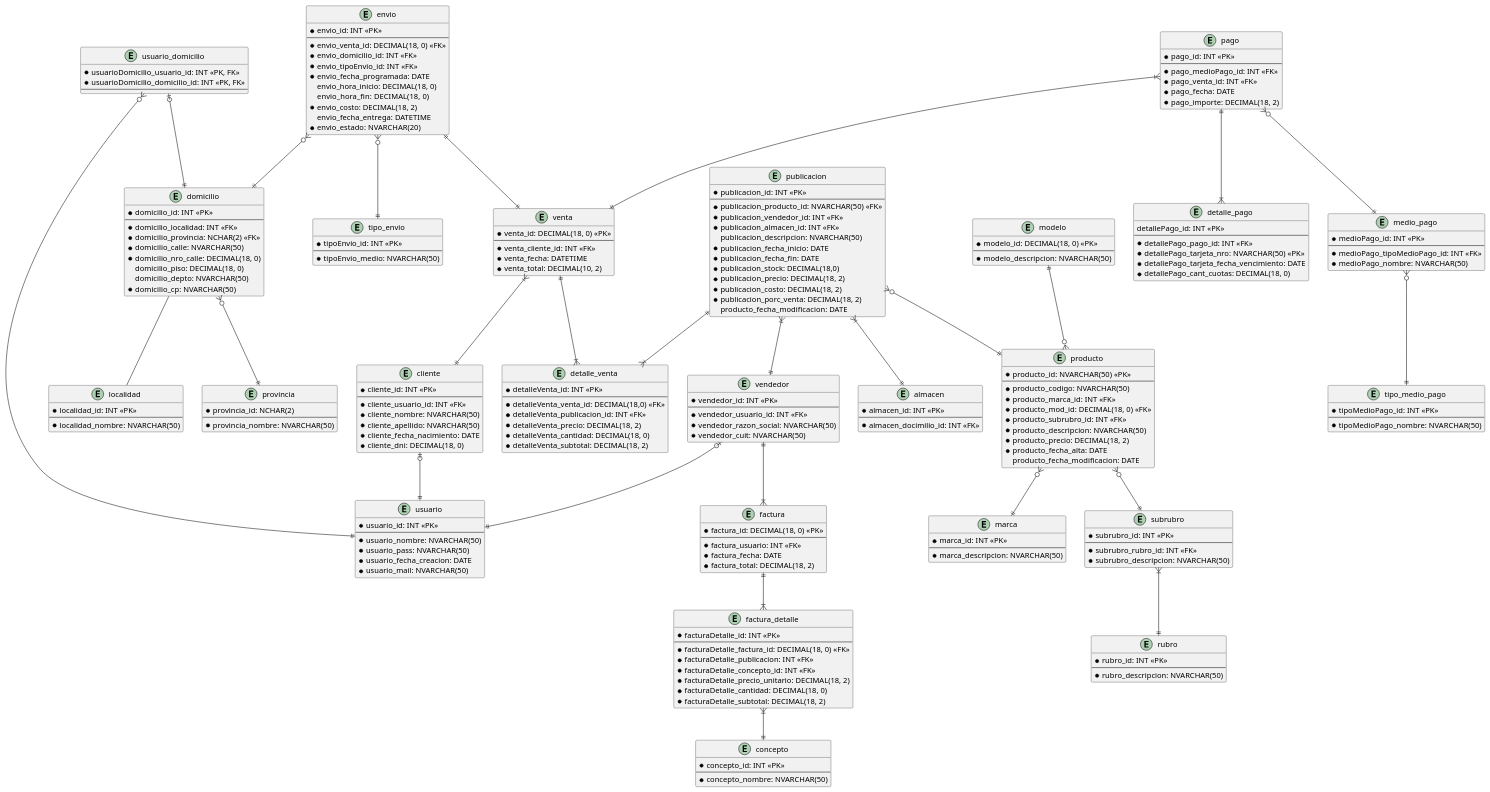
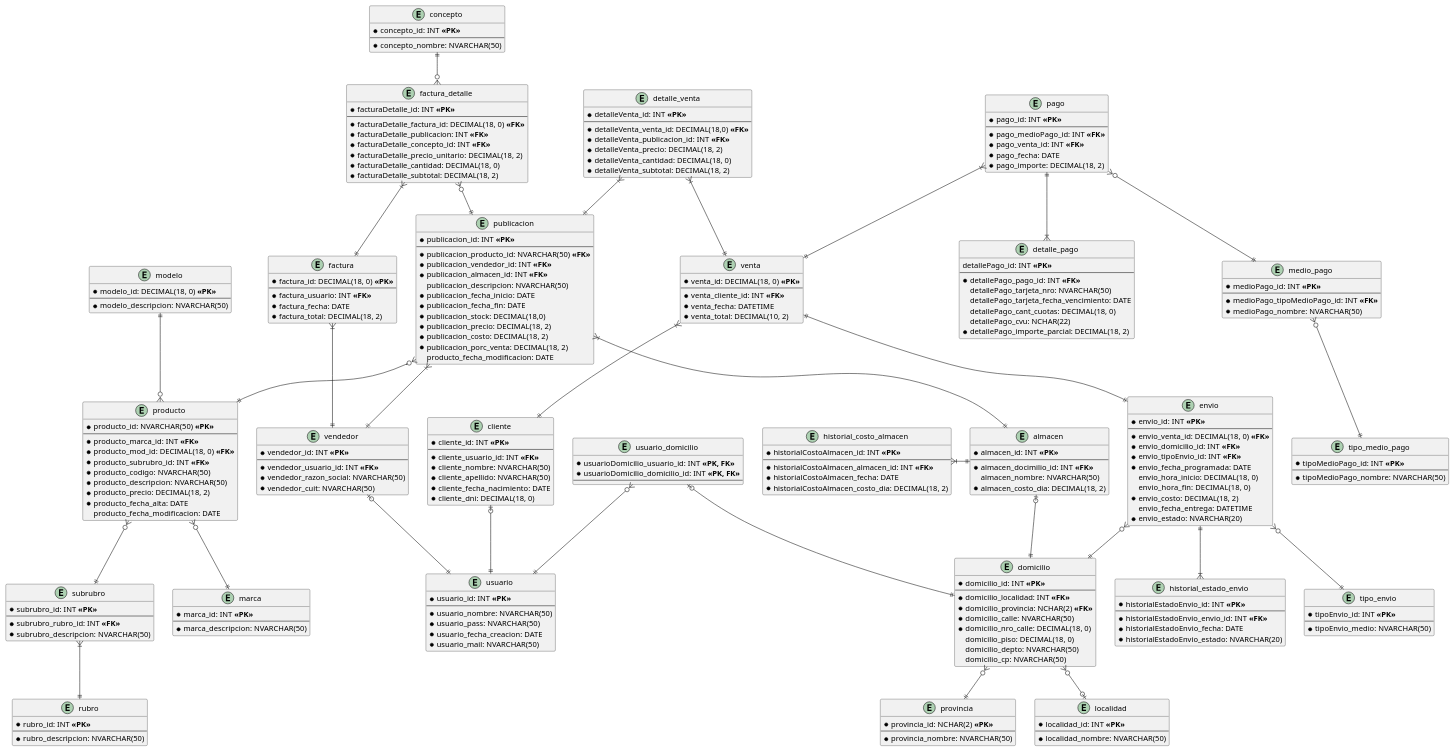
Before and after one commit to eitan-wajsberg/tp-gdd-2024-2C: the diagram in diagramas/diagrama-entidad-relacion-inicial.puml, drawn with PlantUML.

Commit message:
diagrama: cuarta iteración, agregamos historiales, cvu en el detalle_pago y relaciones

```diff
--- a/diagramas/diagrama-entidad-relacion-inicial.puml
+++ b/diagramas/diagrama-entidad-relacion-inicial.puml
@@ -1,11 +1,11 @@
 @startuml diagrama-entidad-relacion-inicial
 
 entity "publicacion" {
-  * publicacion_id: INT <<PK>>
+  * publicacion_id: INT **<<PK>>**
   --
-    * publicacion_producto_id: NVARCHAR(50) <<FK>>
-    * publicacion_vendedor_id: INT <<FK>>
-    * publicacion_almacen_id: INT <<FK>>
+    * publicacion_producto_id: NVARCHAR(50) **<<FK>>**
+    * publicacion_vendedor_id: INT **<<FK>>**
+    * publicacion_almacen_id: INT **<<FK>>**
     publicacion_descripcion: NVARCHAR(50)
     * publicacion_fecha_inicio: DATE
     * publicacion_fecha_fin: DATE
@@ -17,12 +17,12 @@
 }
 
 entity "producto" {
-  * producto_id: NVARCHAR(50) <<PK>> 
+  * producto_id: NVARCHAR(50) **<<PK>>** 
   --
+    * producto_marca_id: INT **<<FK>>**
+    * producto_mod_id: DECIMAL(18, 0) **<<FK>>**
+    * producto_subrubro_id: INT **<<FK>>**
     * producto_codigo: NVARCHAR(50)
-    * producto_marca_id: INT <<FK>>
-    * producto_mod_id: DECIMAL(18, 0) <<FK>>
-    * producto_subrubro_id: INT <<FK>>
     * producto_descripcion: NVARCHAR(50)
     * producto_precio: DECIMAL(18, 2)
     * producto_fecha_alta: DATE
@@ -30,66 +30,76 @@
 }
 
 entity "marca"{
-  * marca_id: INT <<PK>>
+  * marca_id: INT **<<PK>>**
   --
     * marca_descripcion: NVARCHAR(50)
 }
 
 entity "modelo"{
-  * modelo_id: DECIMAL(18, 0) <<PK>>
+  * modelo_id: DECIMAL(18, 0) **<<PK>>**
   --
     * modelo_descripcion: NVARCHAR(50)
 }
 
 entity "subrubro" {
-  * subrubro_id: INT <<PK>>
+  * subrubro_id: INT **<<PK>>**
   --
-    * subrubro_rubro_id: INT <<FK>>
+    * subrubro_rubro_id: INT **<<FK>>**
     * subrubro_descripcion: NVARCHAR(50)
 }
 
 entity "rubro" {
-  * rubro_id: INT <<PK>>
+  * rubro_id: INT **<<PK>>**
   --
     * rubro_descripcion: NVARCHAR(50)
 }
 
 entity "vendedor" {
-  * vendedor_id: INT <<PK>>
+  * vendedor_id: INT **<<PK>>**
   --
-    * vendedor_usuario_id: INT <<FK>>
+    * vendedor_usuario_id: INT **<<FK>>**
     * vendedor_razon_social: NVARCHAR(50) 
     * vendedor_cuit: NVARCHAR(50)
 }
 
 entity "almacen" {
-  * almacen_id: INT <<PK>>
+  * almacen_id: INT **<<PK>>**
   --
-    * almacen_docimilio_id: INT <<FK>>
+    * almacen_docimilio_id: INT **<<FK>>**
+    almacen_nombre: NVARCHAR(50)
+    * almacen_costo_dia: DECIMAL(18, 2)
+}
+
+entity "historial_costo_almacen" {
+  * historialCostoAlmacen_id: INT **<<PK>>**
+  --
+    * historialCostoAlmacen_almacen_id: INT **<<FK>>**
+    * historialCostoAlmacen_fecha: DATE 
+    * historialCostoAlmacen_costo_dia: DECIMAL(18, 2)
 }
 
 entity "venta" {
-  * venta_id: DECIMAL(18, 0) <<PK>>
+  * venta_id: DECIMAL(18, 0) **<<PK>>**
   --
-    * venta_cliente_id: INT <<FK>>
+    * venta_cliente_id: INT **<<FK>>**
     * venta_fecha: DATETIME
     * venta_total: DECIMAL(10, 2)
 }
 
 entity "detalle_venta" {
-  * detalleVenta_id: INT <<PK>>
+  * detalleVenta_id: INT **<<PK>>**
   --
-    * detalleVenta_venta_id: DECIMAL(18,0) <<FK>>
-    * detalleVenta_publicacion_id: INT <<FK>>
+    * detalleVenta_venta_id: DECIMAL(18,0) **<<FK>>**
+    * detalleVenta_publicacion_id: INT **<<FK>>**
     * detalleVenta_precio: DECIMAL(18, 2)
     * detalleVenta_cantidad: DECIMAL(18, 0)
     * detalleVenta_subtotal: DECIMAL(18, 2)
 }
 
 entity "cliente" {
-  * cliente_id: INT <<PK>>
+  * cliente_id: INT **<<PK>>**
   --
-    * cliente_usuario_id: INT <<FK>> 
+    * cliente_usuario_id: INT **<<FK>>**
     * cliente_nombre: NVARCHAR(50)
     * cliente_apellido: NVARCHAR(50)
     * cliente_fecha_nacimiento: DATE
@@ -97,39 +107,40 @@
 }
 
 entity "pago" {
-  * pago_id: INT <<PK>>
+  * pago_id: INT **<<PK>>**
   --
-    * pago_medioPago_id: INT <<FK>>
-    * pago_venta_id: INT <<FK>>
+    * pago_medioPago_id: INT **<<FK>>**
+    * pago_venta_id: INT **<<FK>>**
     * pago_fecha: DATE
     * pago_importe: DECIMAL(18, 2)
-    ' y para otros tipos de pago que no sean la tarjeta?
 }
 
 entity "detalle_pago" {
-  detallePago_id: INT <<PK>> 
+  detallePago_id: INT **<<PK>>** 
   --
-    * detallePago_pago_id: INT <<FK>>
-    * detallePago_tarjeta_nro: NVARCHAR(50) <<PK>>
-    * detallePago_tarjeta_fecha_vencimiento: DATE 
-    * detallePago_cant_cuotas: DECIMAL(18, 0)
+    * detallePago_pago_id: INT **<<FK>>**
+    detallePago_tarjeta_nro: NVARCHAR(50)
+    detallePago_tarjeta_fecha_vencimiento: DATE 
+    detallePago_cant_cuotas: DECIMAL(18, 0)
+    detallePago_cvu: NCHAR(22)
+    * detallePago_importe_parcial: DECIMAL(18, 2)
 }
 
 entity "medio_pago" {
-  * medioPago_id: INT <<PK>>
+  * medioPago_id: INT **<<PK>>**
   --
-   * medioPago_tipoMedioPago_id: INT <<FK>>
+   * medioPago_tipoMedioPago_id: INT **<<FK>>**
    * medioPago_nombre: NVARCHAR(50)
 }
 
 entity "tipo_medio_pago" {
-  * tipoMedioPago_id: INT <<PK>>
+  * tipoMedioPago_id: INT **<<PK>>**
   --
     * tipoMedioPago_nombre: NVARCHAR(50)
 }
 
 entity "usuario" {
-  * usuario_id: INT <<PK>>
+  * usuario_id: INT **<<PK>>**
   --
     * usuario_nombre: NVARCHAR(50)
     * usuario_pass: NVARCHAR(50)
@@ -138,41 +149,41 @@
 }
 
 entity "domicilio" {
-  * domicilio_id: INT <<PK>>
+  * domicilio_id: INT **<<PK>>**
   --
-    * domicilio_localidad: INT <<FK>>
-    * domicilio_provincia: NCHAR(2) <<FK>>
+    * domicilio_localidad: INT **<<FK>>**
+    * domicilio_provincia: NCHAR(2) **<<FK>>**
     * domicilio_calle: NVARCHAR(50)
     * domicilio_nro_calle: DECIMAL(18, 0)
     domicilio_piso: DECIMAL(18, 0)
     domicilio_depto: NVARCHAR(50)
-    * domicilio_cp: NVARCHAR(50)
+    domicilio_cp: NVARCHAR(50)
 }
 
 entity "usuario_domicilio" {
-  * usuarioDomicilio_usuario_id: INT <<PK, FK>>
-  * usuarioDomicilio_domicilio_id: INT <<PK, FK>>
+  * usuarioDomicilio_usuario_id: INT **<<PK, FK>>**
+  * usuarioDomicilio_domicilio_id: INT **<<PK, FK>>**
   --
 }
 
 entity "localidad" {
-  * localidad_id: INT <<PK>>
+  * localidad_id: INT **<<PK>>**
   --
     * localidad_nombre: NVARCHAR(50) 
 }
 
 entity "provincia"{
-  * provincia_id: NCHAR(2)
+  * provincia_id: NCHAR(2) **<<PK>>**
   --
     * provincia_nombre: NVARCHAR(50)
 }
 
 entity "envio" {
-  * envio_id: INT <<PK>>
+  * envio_id: INT **<<PK>>**
   --
-   * envio_venta_id: DECIMAL(18, 0) <<FK>>
-   * envio_domicilio_id: INT <<FK>>
-   * envio_tipoEnvio_id: INT <<FK>>
+   * envio_venta_id: DECIMAL(18, 0) **<<FK>>**
+   * envio_domicilio_id: INT **<<FK>>**
+   * envio_tipoEnvio_id: INT **<<FK>>**
    * envio_fecha_programada: DATE
    envio_hora_inicio: DECIMAL(18, 0)
    envio_hora_fin:  DECIMAL(18, 0)
@@ -181,39 +192,48 @@
    * envio_estado: NVARCHAR(20)
 }
 
+entity "historial_estado_envio" {
+  * historialEstadoEnvio_id: INT **<<PK>>**
+  --
+    * historialEstadoEnvio_envio_id: INT **<<FK>>**
+    * historialEstadoEnvio_fecha: DATE 
+    * historialEstadoEnvio_estado: NVARCHAR(20)
+}
+
 entity "tipo_envio" {
-  * tipoEnvio_id: INT <<PK>>
+  * tipoEnvio_id: INT **<<PK>>**
   --
     * tipoEnvio_medio: NVARCHAR(50)
 }
 
 entity "factura" {
-  * factura_id: DECIMAL(18, 0) <<PK>>
+  * factura_id: DECIMAL(18, 0) **<<PK>>**
   --
-    * factura_usuario: INT <<FK>> 
+    * factura_usuario: INT **<<FK>>** 
     * factura_fecha: DATE
     * factura_total: DECIMAL(18, 2)
 }
 
 entity "factura_detalle" {
-  * facturaDetalle_id: INT <<PK>>
+  * facturaDetalle_id: INT **<<PK>>**
   --
-    * facturaDetalle_factura_id: DECIMAL(18, 0) <<FK>>
-    * facturaDetalle_publicacion: INT <<FK>> 
-    * facturaDetalle_concepto_id: INT <<FK>>
+    * facturaDetalle_factura_id: DECIMAL(18, 0) **<<FK>>**
+    * facturaDetalle_publicacion: INT **<<FK>>** 
+    * facturaDetalle_concepto_id: INT **<<FK>>**
     * facturaDetalle_precio_unitario: DECIMAL(18, 2)
     * facturaDetalle_cantidad: DECIMAL(18, 0)
     * facturaDetalle_subtotal: DECIMAL(18, 2)
 }
 
 entity "concepto" {
-  * concepto_id: INT <<PK>>
+  * concepto_id: INT **<<PK>>**
   --
     * concepto_nombre: NVARCHAR(50)
 }
 
-concepto ||-up-|{ factura_detalle
-factura_detalle }|-up-|| factura
+concepto ||--o{ factura_detalle
+factura_detalle }|--|| factura
+factura_detalle }o--|| publicacion
 
 publicacion }o--|| producto
 producto }o--|| subrubro
@@ -222,26 +242,29 @@
 
 publicacion }|--|| vendedor
 publicacion }|--|| almacen
+almacen ||-left-|{ historial_costo_almacen
+almacen |o--|| domicilio
 
 venta }|--|| cliente
-detalle_venta }|-up-|| venta
-detalle_venta }|-left-|| publicacion 
+detalle_venta }|--|| venta
+detalle_venta }|--|| publicacion 
 
 pago }|--|| venta
-factura }|-up-|| vendedor
+factura }|--|| vendedor
 
 domicilio }o--|| provincia
-domicilio -- localidad
+domicilio }o--o| localidad
 
-usuario_domicilio |o--|| domicilio
-usuario_domicilio }o-right-|| usuario
+usuario_domicilio |o-right-|| domicilio
+usuario_domicilio }o--|| usuario
 modelo ||--o{ producto
 vendedor |o--|| usuario
 cliente |o--|| usuario
 
 envio }o--|| tipo_envio
 envio }o--|| domicilio
-envio ||--|| venta
+envio ||-up-|| venta
+envio ||--|{ historial_estado_envio
 
 pago }o--|| medio_pago
 medio_pago }o--|| tipo_medio_pago
```
